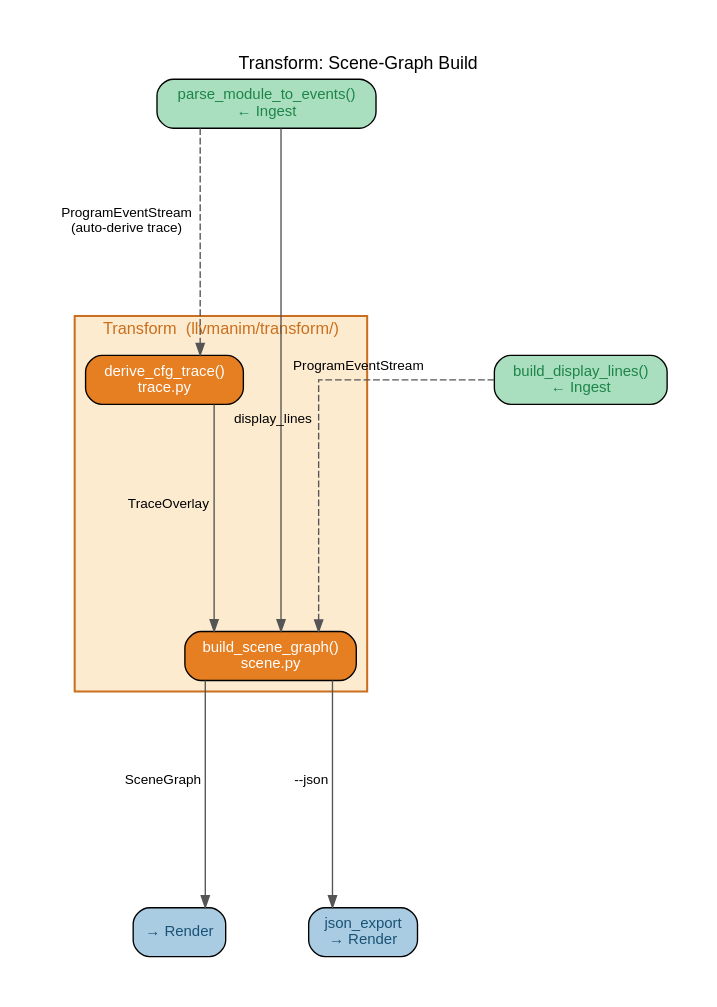
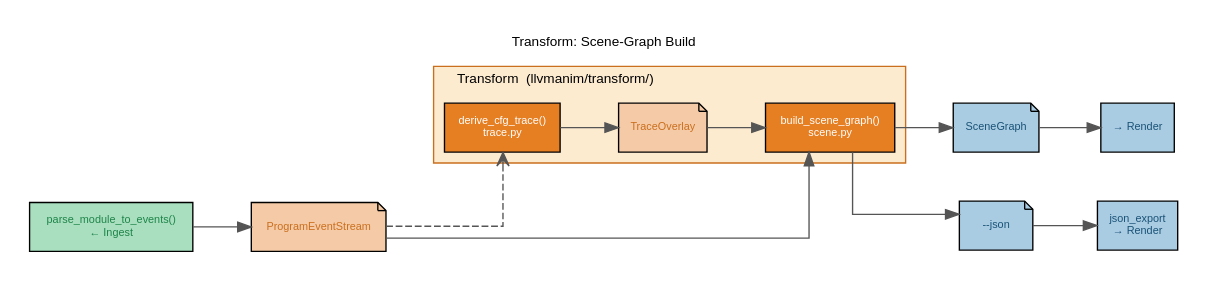
One commit to BenHoule/LLVManim changed the diagram in docs/architecture/01_architecture_overview/01c_transform_layer/dots/01c1_stack_build.dot. Above: the diagram before and after it, drawn with Graphviz. The commit also changed 77 other files, not shown here.

First line of the commit message:
Add CLI dispatch architecture images

```diff
--- a/docs/architecture/01_architecture_overview/01c_transform_layer/dots/01c1_stack_build.dot
+++ b/docs/architecture/01_architecture_overview/01c_transform_layer/dots/01c1_stack_build.dot
@@ -1,50 +1,71 @@
-// Merged subgraph: scene-graph build from 01c_transform_layer
-// build_scene_graph() converts a ProgramEventStream into a SceneGraph of
-// AnimationCommands.  For CFG animation, derive_cfg_trace() may also run
-// to produce a TraceOverlay (auto-derived or fused from a loaded trace file).
+/**
+ * 01c1_stack_build.dot
+ *
+ * Extracted subgraph: scene-graph build from 01c_transform_layer.
+ * build_scene_graph() converts a ProgramEventStream into a SceneGraph
+ * of AnimationCommands.  derive_cfg_trace() may also run to produce
+ * a TraceOverlay (auto-derived or fused from a loaded trace file).
+ *
+ * Render:
+ *   dot -Tpdf 01c1_stack_build.dot -o ../01c1_stack_build.pdf
+ */
 digraph scene_build {
     graph [
-        fontname = "Helvetica" fontsize = 13
+        rankdir  = LR
+        fontname = "Helvetica" fontsize = 10
         label    = "Transform: Scene-Graph Build"
-        labelloc = "t" splines = ortho nodesep = 0.85 ranksep = 1.15
-        pad = 0.4 bgcolor = "white"
+        labelloc = t
+        splines  = ortho
+        nodesep  = 0.5
+        ranksep  = 0.6
+        pad      = 0.2
+        bgcolor  = "white"
     ]
-    node [fontname="Helvetica" fontsize=11 style="filled,rounded" shape=box]
-    edge [fontname="Helvetica" fontsize=10 color="#555555" arrowsize=0.85]
+    node [fontname="Helvetica" fontsize=8 style=filled shape=box margin="0.08,0.04"]
+    edge [fontname="Helvetica" fontsize=7 arrowhead=normal color="#555555"]
 
-    // ── Internal ───────────────────────────────────────────────────
+    /* ── Ingest stub ────────────────────────────────────────────── */
+    parse_events [label="parse_module_to_events()\n← Ingest" fillcolor="#a9dfbf" fontcolor="#1e8449"]
+
+    /* ── Data nodes (input) ─────────────────────────────────────── */
+    pes [label="ProgramEventStream" fillcolor="#f5cba7" fontcolor="#ca6f1e" shape=note]
+
+    /* ── Transform cluster ──────────────────────────────────────── */
     subgraph cluster_transform {
 
         label     = "Transform  (llvmanim/transform/)"
         style     = filled
         fillcolor = "#fdebd0"
         color     = "#ca6f1e"
-        penwidth  = 1.5
-        fontname  = "Helvetica"
-        fontsize  = 12
-        fontcolor = "#ca6f1e"
+        margin    = 8
+        labeljust = l
 
-        build_scene  [label="build_scene_graph()\nscene.py"
-                      fillcolor="#e67e22" fontcolor="white"]
-        derive_trace [label="derive_cfg_trace()\ntrace.py"
-                      fillcolor="#e67e22" fontcolor="white"]
+        derive_trace  [label="derive_cfg_trace()\ntrace.py"
+                       fillcolor="#e67e22" fontcolor="white"]
+        trace_overlay [label="TraceOverlay" fillcolor="#f5cba7" fontcolor="#ca6f1e" shape=note]
+        build_scene   [label="build_scene_graph()\nscene.py"
+                       fillcolor="#e67e22" fontcolor="white"]
+
+        derive_trace  -> trace_overlay
+        trace_overlay -> build_scene
     }
 
-    // ── Ingest stubs ───────────────────────────────────────────────
-    parse_events  [label="parse_module_to_events()\n← Ingest" fillcolor="#a9dfbf" fontcolor="#1e8449"]
-    display_lines [label="build_display_lines()\n← Ingest"    fillcolor="#a9dfbf" fontcolor="#1e8449"]
+    /* ── Data nodes (output) ────────────────────────────────────── */
+    scene_graph [label="SceneGraph" fillcolor="#a9cce3" fontcolor="#1a5276" shape=note]
+    json_flag   [label="--json"     fillcolor="#a9cce3" fontcolor="#1a5276" shape=note]
 
-    // ── Render stubs ───────────────────────────────────────────────
+    /* ── Render stubs ───────────────────────────────────────────── */
     renderer    [label="→ Render"              fillcolor="#a9cce3" fontcolor="#1a5276"]
     json_export [label="json_export\n→ Render" fillcolor="#a9cce3" fontcolor="#1a5276"]
 
-    // ── Edges ──────────────────────────────────────────────────────
-    parse_events  -> build_scene  [minlen=2 xlabel="  ProgramEventStream"]
-    display_lines -> build_scene  [style=dashed minlen=2 xlabel="  display_lines"]
+    /* ── Main path (top): PES → build_scene → render ────────────── */
+    parse_events -> pes          [weight=10]
+    pes          -> build_scene  [weight=10 minlen=3]
+    build_scene  -> scene_graph  [weight=10]
+    scene_graph  -> renderer     [weight=10]
+    build_scene  -> json_flag
+    json_flag    -> json_export
 
-    parse_events  -> derive_trace [style=dashed minlen=2 xlabel="  ProgramEventStream\n  (auto-derive trace)"]
-    derive_trace  -> build_scene  [minlen=2 xlabel="  TraceOverlay"]
-
-    build_scene -> renderer    [minlen=2 xlabel="  SceneGraph"]
-    build_scene -> json_export [minlen=2 xlabel="  --json"]
+    /* ── Optional CFG path (bottom): PES → derive ───────────────── */
+    pes -> derive_trace [style=dashed arrowhead=open]
 }
```
